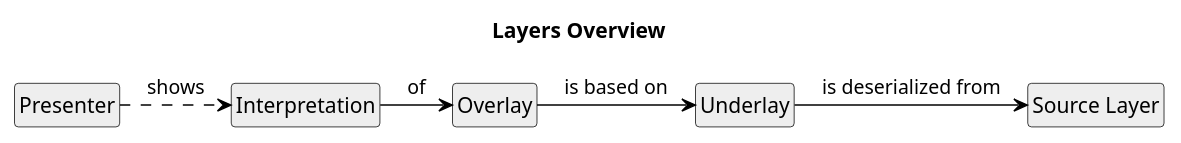
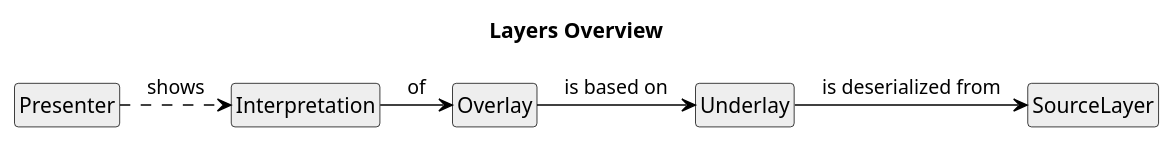
Before and after one commit to blackfennec-org/blackfennec: the diagram in docs/source/domain_model/layers/index.rst, drawn with PlantUML. The commit also changed 1 other file, not shown here.

Commit message:
add domain model overview v1.0

```diff
--- a/docs/source/domain_model/layers/index.rst
+++ b/docs/source/domain_model/layers/index.rst
@@ -16,28 +16,28 @@
 .. uml::
     
     @startuml
 
     hide circle
     hide members
     hide methods
 
     skinparam class {
         BackgroundColor #EEE
         ArrowColor Black
         BorderColor Black
     }
     
     title Layers Overview
     
     class Presenter {}
     class Interpretation {}
     class Overlay {}
     class Underlay {}
-    class "Source Layer" as sl
+    class SourceLayer
     
     Presenter       .down>     Interpretation  : shows
     Interpretation  -down>     Overlay         : of
     Overlay         -down>     Underlay        : is based on
-    Underlay        -down>     sl              : is deserialized from
+    Underlay        -down>     SourceLayer     : is deserialized from
 
     @enduml
```
